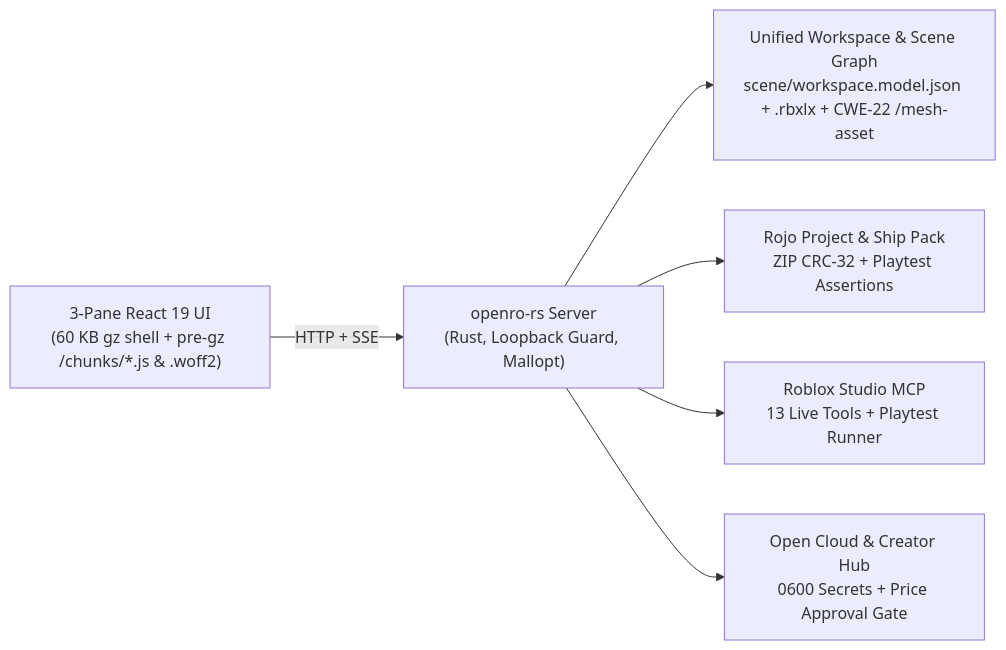
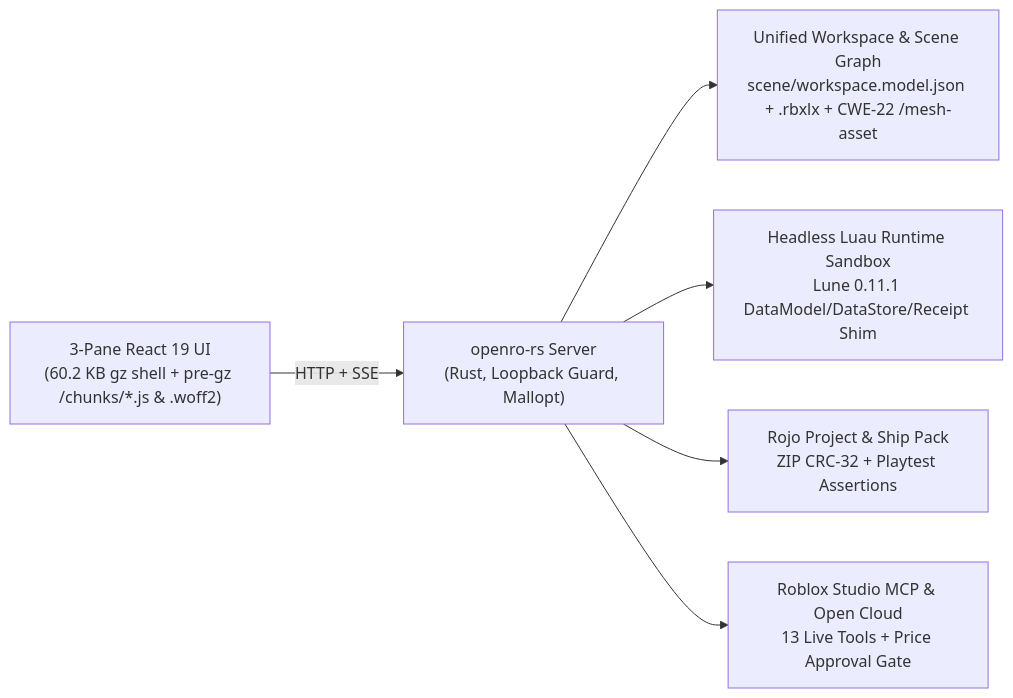
The diagram in README.md (cayleb-james2008/open-ro), drawn with Mermaid before and after one commit. The commit also changed other lines of this file and 54 other files, not shown here.

Commit message:
feat(sandbox,ui): add headless local Luau runtime sandbox and Studio-inspired logo (v1.20.0)

````diff
--- a/README.md
+++ b/README.md
@@ -64,8 +74,8 @@
 ```mermaid
 flowchart LR
-  UI["3-Pane React 19 UI<br/>(60 KB gz shell + pre-gz /chunks/*.js & .woff2)"] -->|HTTP + SSE| SRV["openro-rs Server<br/>(Rust, Loopback Guard, Mallopt)"]
+  UI["3-Pane React 19 UI<br/>(60.2 KB gz shell + pre-gz /chunks/*.js & .woff2)"] -->|HTTP + SSE| SRV["openro-rs Server<br/>(Rust, Loopback Guard, Mallopt)"]
   SRV --> LP["Unified Workspace &amp; Scene Graph<br/>scene/workspace.model.json + .rbxlx + CWE-22 /mesh-asset"]
+  SRV --> SB["Headless Luau Runtime Sandbox<br/>Lune 0.11.1 DataModel/DataStore/Receipt Shim"]
   SRV --> PJ["Rojo Project &amp; Ship Pack<br/>ZIP CRC-32 + Playtest Assertions"]
-  SRV --> MCP["Roblox Studio MCP<br/>13 Live Tools + Playtest Runner"]
-  SRV --> OC["Open Cloud &amp; Creator Hub<br/>0600 Secrets + Price Approval Gate"]
+  SRV --> MCP["Roblox Studio MCP &amp; Open Cloud<br/>13 Live Tools + Price Approval Gate"]
 ```
````
